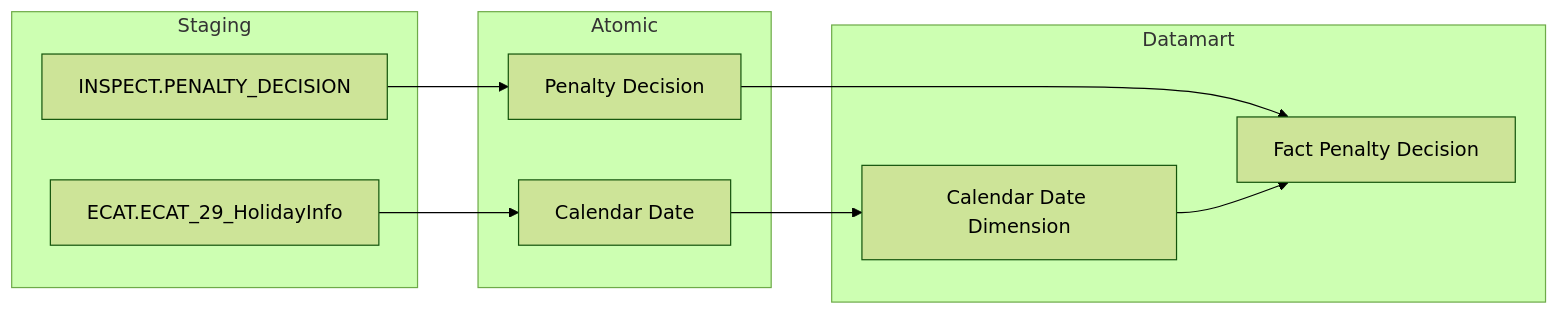
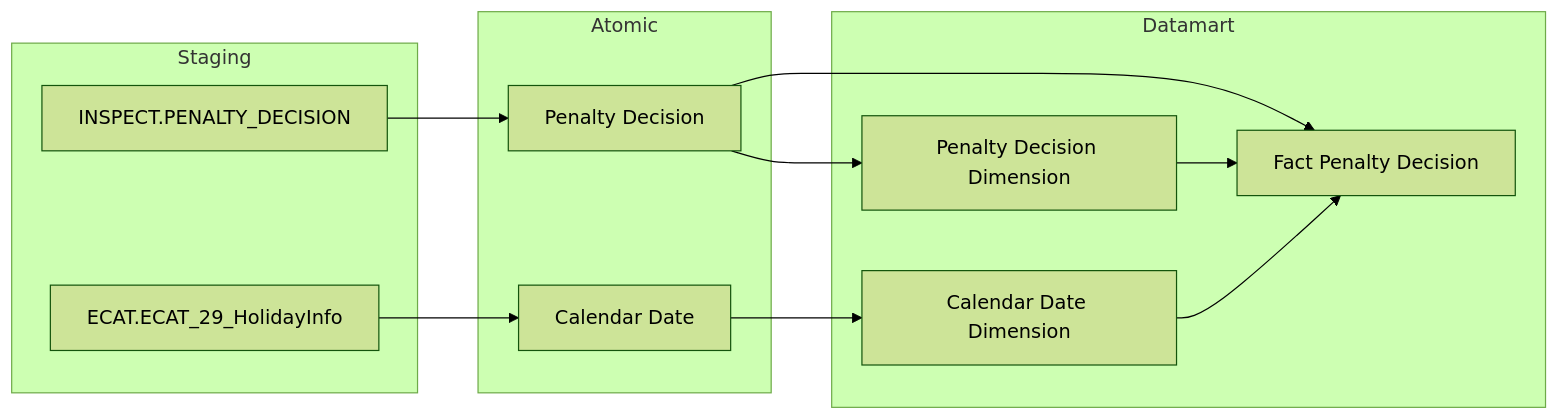
One commit to linhlvit/ubck_atomic_design changed the seventh of 50 diagrams in Datamart/hld/DTM_TT_HLD.md. Above: the diagram before and after it, drawn with Mermaid (forest theme). The commit also changed other lines of this file and 26 other files, not shown here.

````diff
--- a/Datamart/hld/DTM_TT_HLD.md
+++ b/Datamart/hld/DTM_TT_HLD.md
@@ -229,24 +226,28 @@
 ```mermaid
 flowchart LR
     subgraph SRC["Staging"]
         S1["INSPECT.PENALTY_DECISION"]
         ECAT_HolidayInfo["ECAT.ECAT_29_HolidayInfo"]
     end
 
     subgraph SIL["Atomic"]
         SV1["Penalty Decision"]
         Calendar_Date["Calendar Date"]
     end
 
     subgraph GOLD["Datamart"]
         G1["Fact Penalty Decision"]
         G2["Calendar Date Dimension"]
+        G3["Penalty Decision Dimension"]
     end
 
     S1 --> SV1
     ECAT_HolidayInfo --> Calendar_Date
 
     SV1 --> G1
+    SV1 --> G3
+
     Calendar_Date --> G2
     G2 --> G1
+    G3 --> G1
 ```
````
